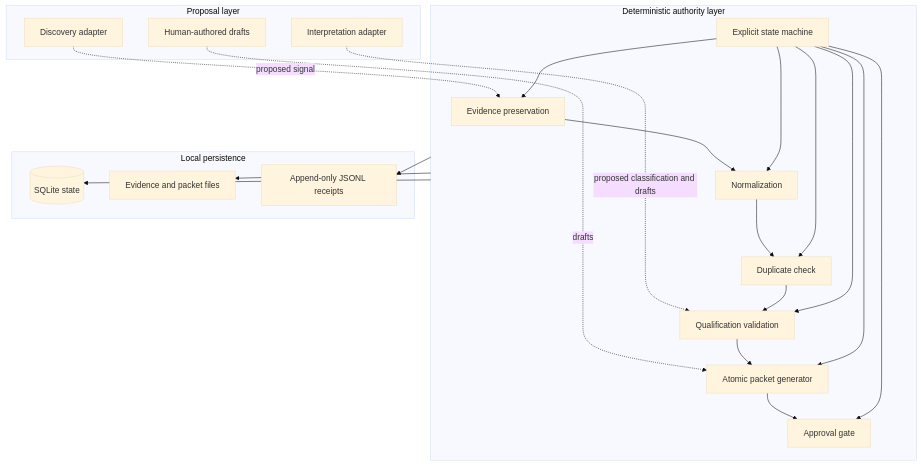
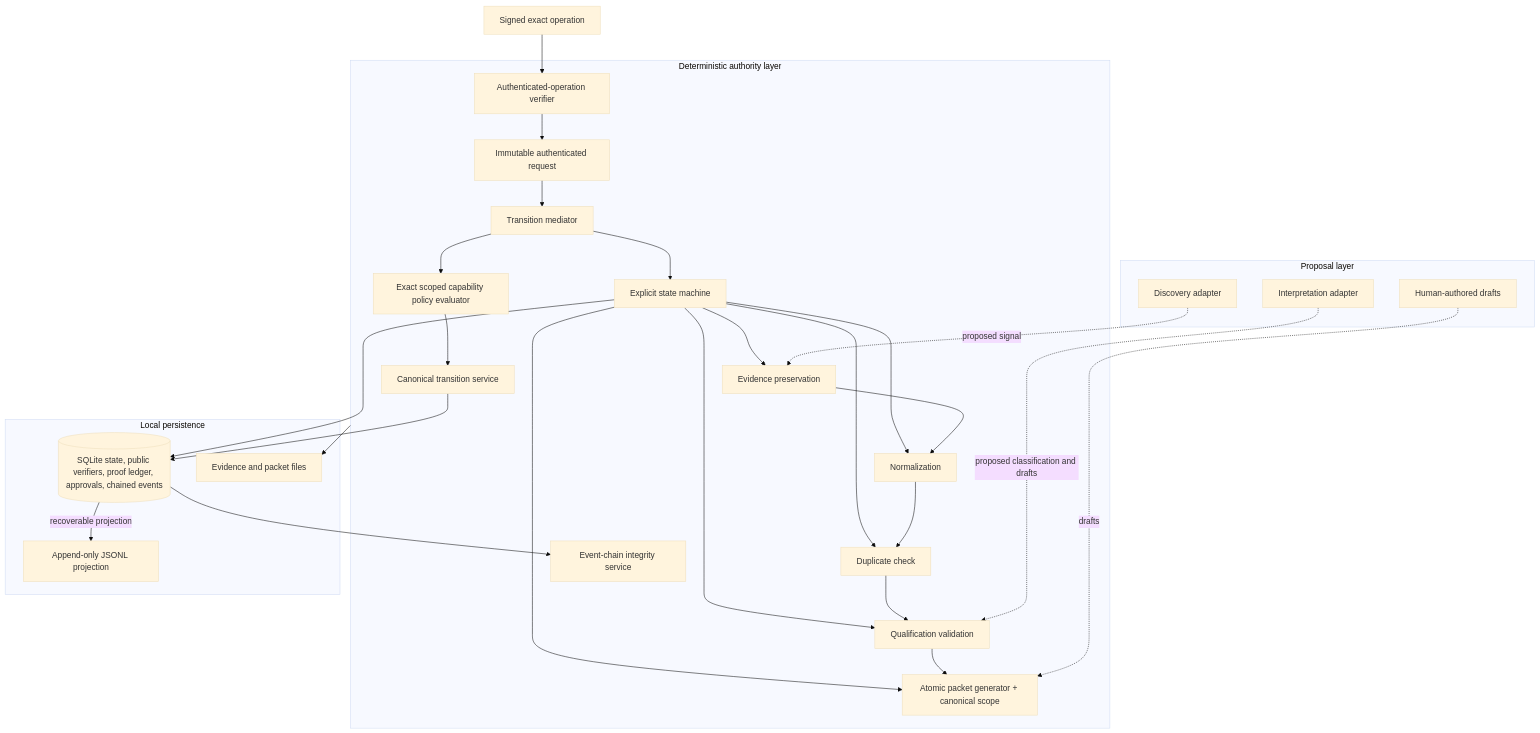
The diagram in docs/architecture.md (noblebrendon-cloud/governed-signal-to-content), drawn with Mermaid (base theme) before and after one commit. The commit also changed other lines of this file and 33 other files, not shown here.

First line of the commit message:
feat: complete transition authority hardening

````diff
--- a/docs/architecture.md
+++ b/docs/architecture.md
@@ -5,38 +5,47 @@
 ```mermaid
 flowchart TB
   subgraph Proposal[Proposal layer]
     DA[Discovery adapter]
     IA[Interpretation adapter]
     HD[Human-authored drafts]
   end
 
   subgraph Authority[Deterministic authority layer]
     EV[Evidence preservation]
     NM[Normalization]
     DD[Duplicate check]
     QL[Qualification validation]
-    PG[Atomic packet generator]
-    AG[Approval gate]
+    PG[Atomic packet generator + canonical scope]
+    AV[Authenticated-operation verifier]
+    TR[Immutable authenticated request]
+    CP[Exact scoped capability policy evaluator]
+    TM[Transition mediator]
+    CE[Canonical transition service]
+    IC[Event-chain integrity service]
     SM[Explicit state machine]
   end
 
   subgraph Persistence[Local persistence]
-    DB[(SQLite state)]
+    DB[(SQLite state, public verifiers, proof ledger, approvals, chained events)]
     FS[Evidence and packet files]
-    JL[Append-only JSONL receipts]
+    JL[Append-only JSONL projection]
   end
 
   DA -. proposed signal .-> EV
   IA -. proposed classification and drafts .-> QL
   HD -. drafts .-> PG
-  EV --> NM --> DD --> QL --> PG --> AG
+  SO[Signed exact operation] --> AV
+  EV --> NM --> DD --> QL --> PG
+  AV --> TR --> TM --> CP --> CE
+  TM --> SM
   SM --> EV
   SM --> NM
   SM --> DD
   SM --> QL
   SM --> PG
-  SM --> AG
-  Authority --> DB
+  CE --> DB
+  SM --> DB
+  DB --> IC
   Authority --> FS
-  Authority --> JL
+  DB -->|recoverable projection| JL
 ```
````
